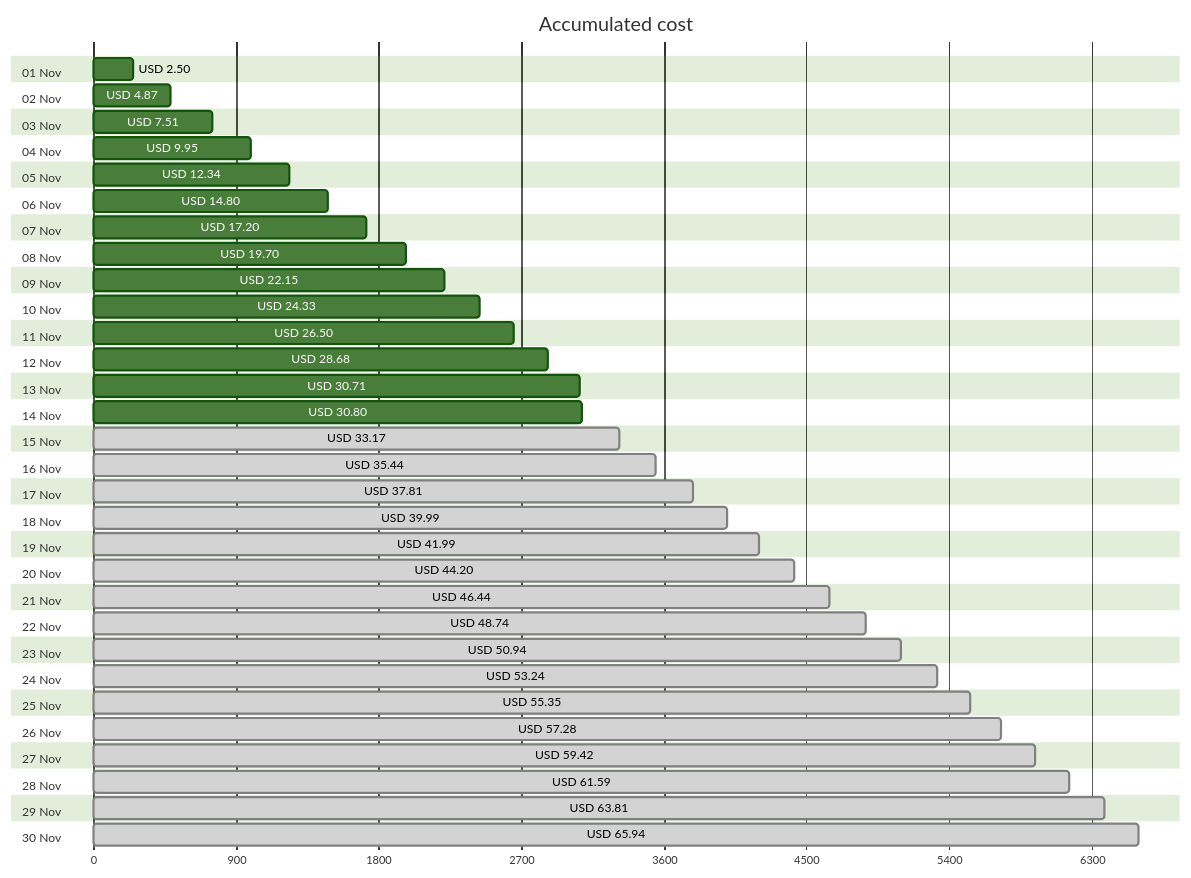
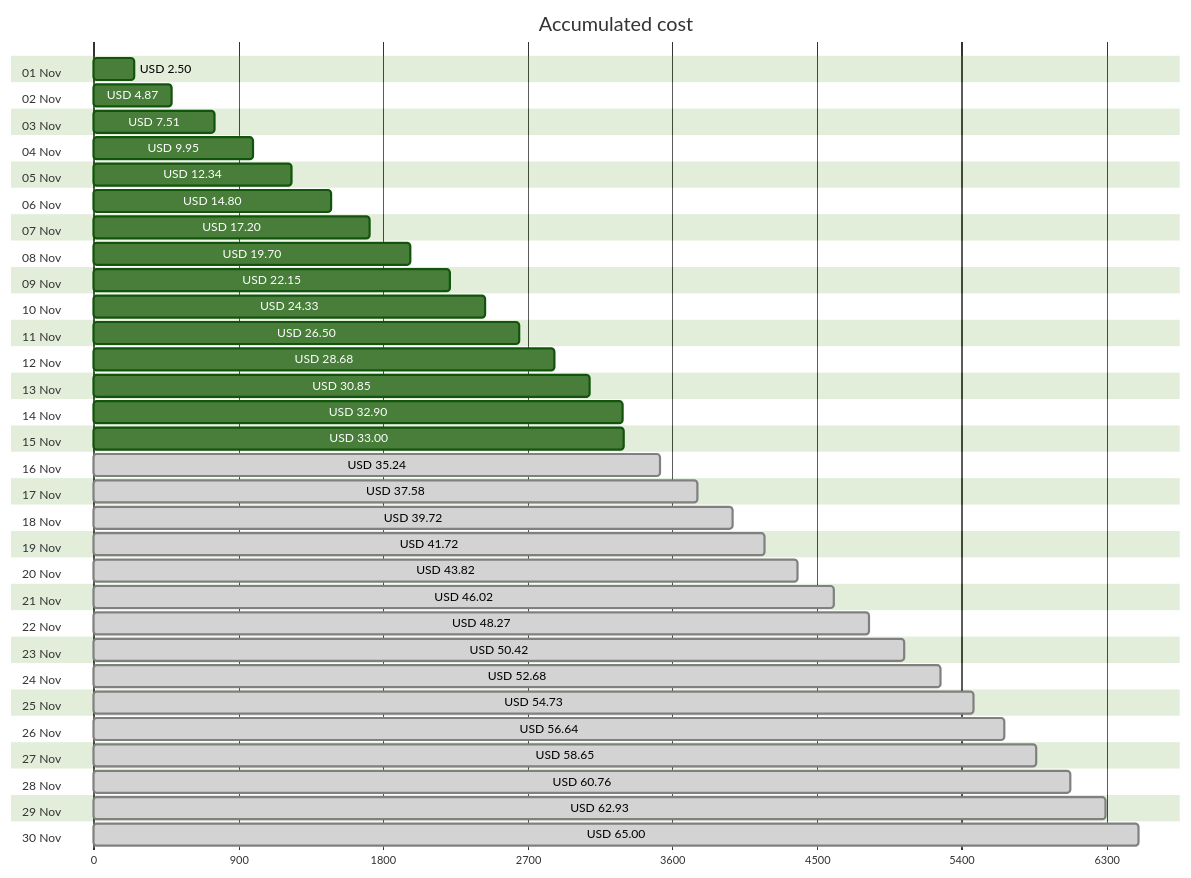
One commit to jpfulton/azure-personal-reports changed the first of 4 diagrams in cost-reports/accumulated-cost.md. Above: the diagram before and after it, drawn with Mermaid (forest theme). The commit also changed other lines of this file and 4 other files, not shown here.

````diff
--- a/cost-reports/accumulated-cost.md
+++ b/cost-reports/accumulated-cost.md
@@ -20,66 +20,66 @@
 ```mermaid
 gantt
    title Accumulated cost
    dateFormat  X
    axisFormat %s
    section 01 Nov
    USD 2.50 :0, 250
    section 02 Nov
    USD 4.87 :0, 487
    section 03 Nov
    USD 7.51 :0, 751
    section 04 Nov
    USD 9.95 :0, 995
    section 05 Nov
    USD 12.34 :0, 1234
    section 06 Nov
    USD 14.80 :0, 1480
    section 07 Nov
    USD 17.20 :0, 1720
    section 08 Nov
    USD 19.70 :0, 1970
    section 09 Nov
    USD 22.15 :0, 2215
    section 10 Nov
    USD 24.33 :0, 2433
    section 11 Nov
    USD 26.50 :0, 2650
    section 12 Nov
    USD 28.68 :0, 2868
    section 13 Nov
-   USD 30.71 :0, 3071
+   USD 30.85 :0, 3085
    section 14 Nov
-   USD 30.80 :0, 3080
+   USD 32.90 :0, 3290
    section 15 Nov
-   USD 33.17 : done, 0, 3317
+   USD 33.00 :0, 3300
    section 16 Nov
-   USD 35.44 : done, 0, 3544
+   USD 35.24 : done, 0, 3524
    section 17 Nov
-   USD 37.81 : done, 0, 3781
+   USD 37.58 : done, 0, 3758
    section 18 Nov
-   USD 39.99 : done, 0, 3999
+   USD 39.72 : done, 0, 3972
    section 19 Nov
-   USD 41.99 : done, 0, 4199
+   USD 41.72 : done, 0, 4172
    section 20 Nov
-   USD 44.20 : done, 0, 4420
+   USD 43.82 : done, 0, 4382
    section 21 Nov
-   USD 46.44 : done, 0, 4644
+   USD 46.02 : done, 0, 4602
    section 22 Nov
-   USD 48.74 : done, 0, 4874
+   USD 48.27 : done, 0, 4827
    section 23 Nov
-   USD 50.94 : done, 0, 5094
+   USD 50.42 : done, 0, 5042
    section 24 Nov
-   USD 53.24 : done, 0, 5324
+   USD 52.68 : done, 0, 5268
    section 25 Nov
-   USD 55.35 : done, 0, 5535
+   USD 54.73 : done, 0, 5473
    section 26 Nov
-   USD 57.28 : done, 0, 5728
+   USD 56.64 : done, 0, 5664
    section 27 Nov
-   USD 59.42 : done, 0, 5942
+   USD 58.65 : done, 0, 5865
    section 28 Nov
-   USD 61.59 : done, 0, 6159
+   USD 60.76 : done, 0, 6076
    section 29 Nov
-   USD 63.81 : done, 0, 6381
+   USD 62.93 : done, 0, 6293
    section 30 Nov
-   USD 65.94 : done, 0, 6594
+   USD 65.00 : done, 0, 6500
 ```
````
